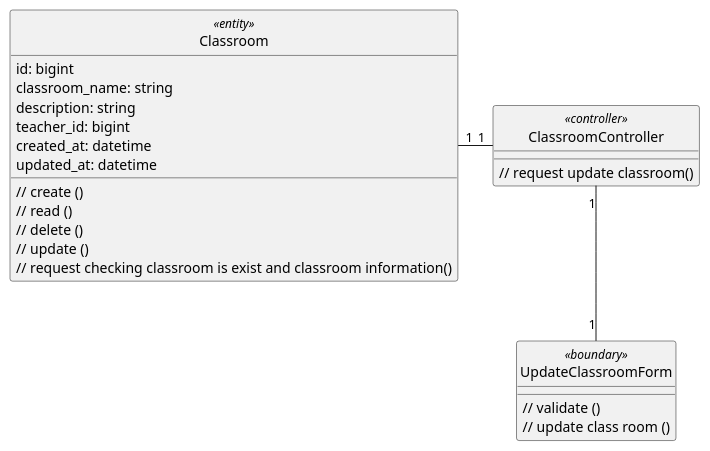
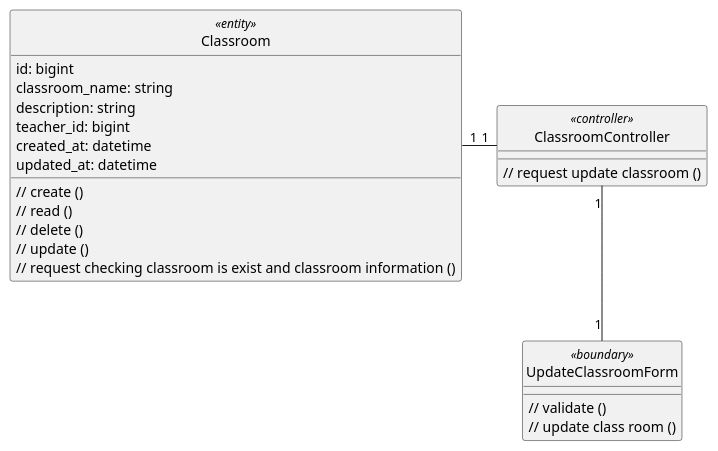
The diagram in class - analysis/class/updateClass.plantuml (anonyhostvn/OOAD-Diagram), drawn with PlantUML before and after one commit. The commit also changed 18 other files, not shown here.

```diff
--- a/class - analysis/class/updateClass.plantuml
+++ b/class - analysis/class/updateClass.plantuml
@@ -1,36 +1,36 @@
 @startuml updateClass
 
 class Classroom <<entity>> {
     id: bigint
     classroom_name: string
     description: string
     teacher_id: bigint
     created_at: datetime
     updated_at: datetime
 
     // create ()
     // read ()
     // delete ()
     // update ()
-    // request checking classroom is exist and classroom information()
+    // request checking classroom is exist and classroom information ()
 }
 
 class UpdateClassroomForm <<boundary>> {
     // validate ()
     // update class room ()
 }
 
 class ClassroomController <<controller>> {
-    // request update classroom()
+    // request update classroom ()
 }
 
 hide Classroom <<entity>> circle
 hide UpdateClassroomForm <<boundary>> circle
 hide ClassroomController <<controller>> circle
 
 ClassroomController "1" -left- "1" Classroom
 ClassroomController "1" -down- "1" UpdateClassroomForm
 
 
 
 @enduml
```
